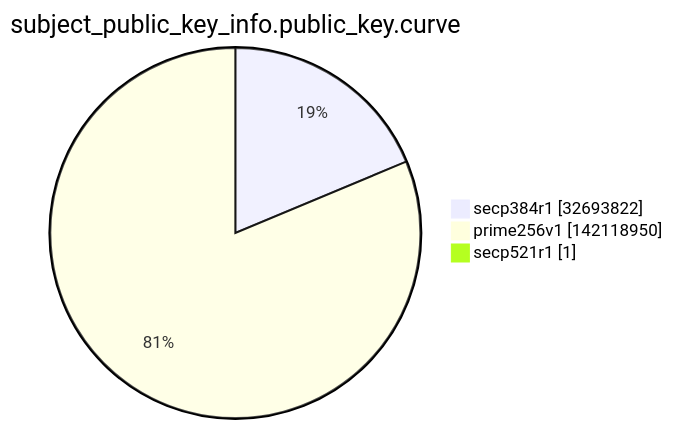
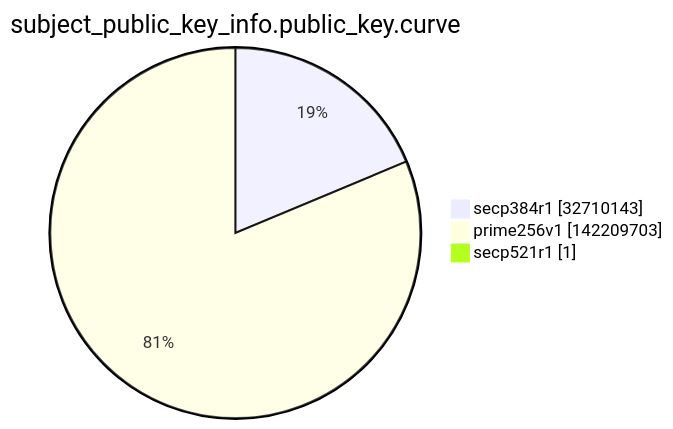
The ninth of 15 diagrams in argon2022/README.md (christiankrug/ctmonitor_visualization), drawn with Mermaid before and after one commit. The commit also changed other lines of this file, not shown here.

````diff
--- a/argon2022/README.md
+++ b/argon2022/README.md
@@ -2763,7 +2763,7 @@
 ```mermaid
 pie showData
 title subject_public_key_info.public_key.curve
-"secp384r1" :32693822
-"prime256v1" :142118950
+"secp384r1" :32710143
+"prime256v1" :142209703
 "secp521r1" :1
 ```
````
